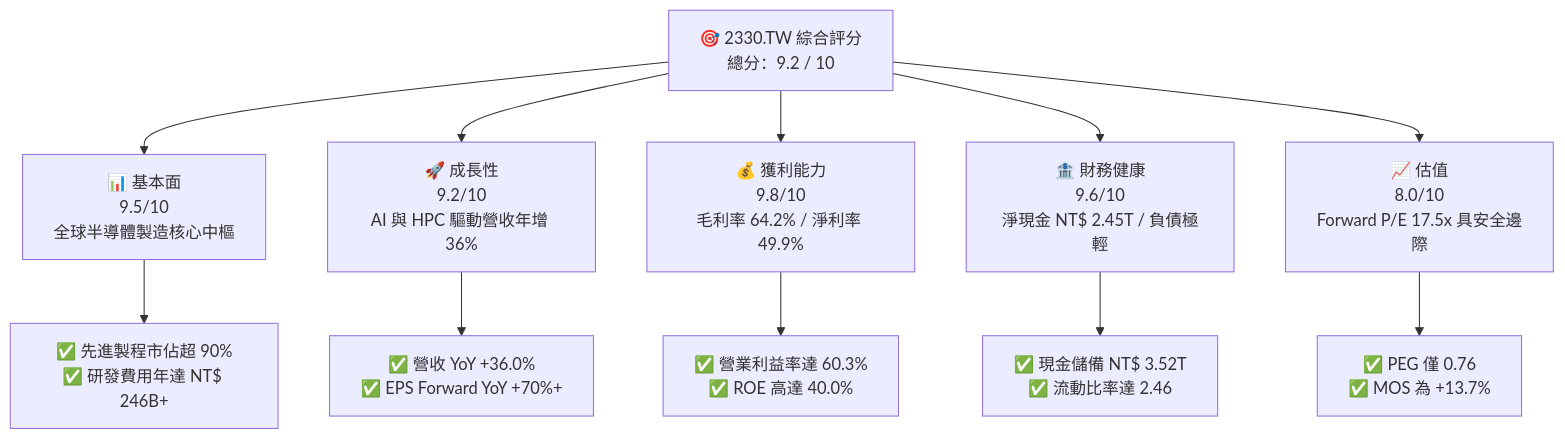
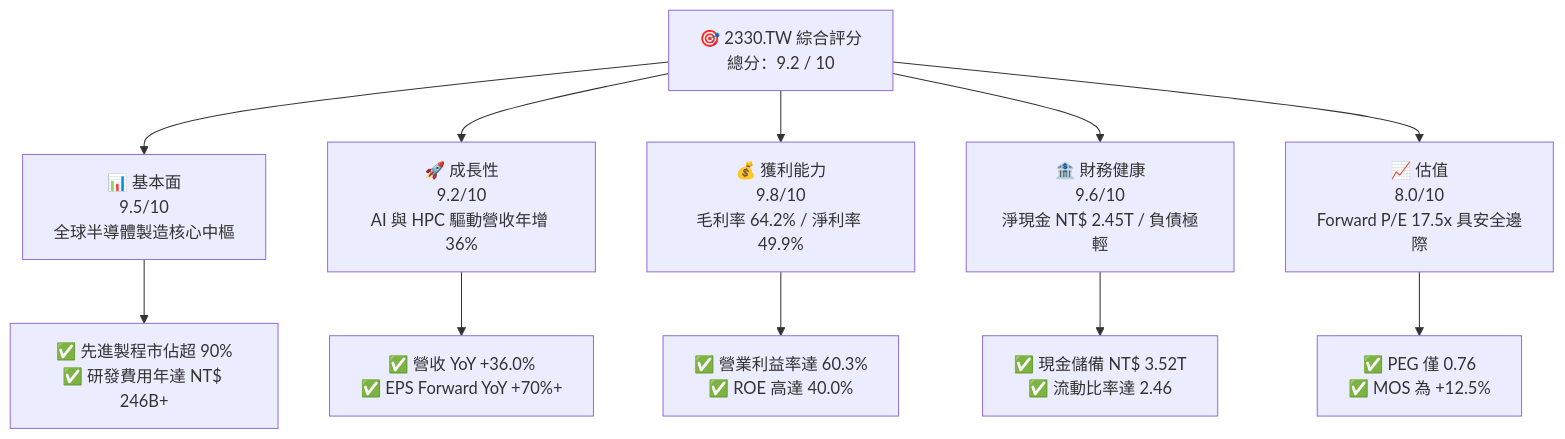
Before and after one commit to yennanliu/finance_data: the first of 15 diagrams in ai_gen_report/fundamental/2330.tw/fundamental_analysis_2026-10-12_gemini.md, drawn with Mermaid. The commit also changed other lines of this file and 339 other files, not shown here.

````diff
--- a/ai_gen_report/fundamental/2330.tw/fundamental_analysis_2026-10-12_gemini.md
+++ b/ai_gen_report/fundamental/2330.tw/fundamental_analysis_2026-10-12_gemini.md
@@ -60,22 +67,22 @@
 ```mermaid
 graph TD
     TICKER["🎯 2330.TW 綜合評分<br/>總分：9.2 / 10"]
 
     F["📊 基本面<br/>9.5/10<br/>全球半導體製造核心中樞"]
     G["🚀 成長性<br/>9.2/10<br/>AI 與 HPC 驅動營收年增 36%"]
     P["💰 獲利能力<br/>9.8/10<br/>毛利率 64.2% / 淨利率 49.9%"]
     B["🏦 財務健康<br/>9.6/10<br/>淨現金 NT$ 2.45T / 負債極輕"]
     V["📈 估值<br/>8.0/10<br/>Forward P/E 17.5x 具安全邊際"]
 
     TICKER --> F
     TICKER --> G
     TICKER --> P
     TICKER --> B
     TICKER --> V
 
     F --> F1["✅ 先進製程市佔超 90%<br/>✅ 研發費用年達 NT$ 246B+"]
     G --> G1["✅ 營收 YoY +36.0%<br/>✅ EPS Forward YoY +70%+"]
     P --> P1["✅ 營業利益率達 60.3%<br/>✅ ROE 高達 40.0%"]
     B --> B1["✅ 現金儲備 NT$ 3.52T<br/>✅ 流動比率達 2.46"]
-    V --> V1["✅ PEG 僅 0.76<br/>✅ MOS 為 +13.7%"]
+    V --> V1["✅ PEG 僅 0.76<br/>✅ MOS 為 +12.5%"]
 ```
````
